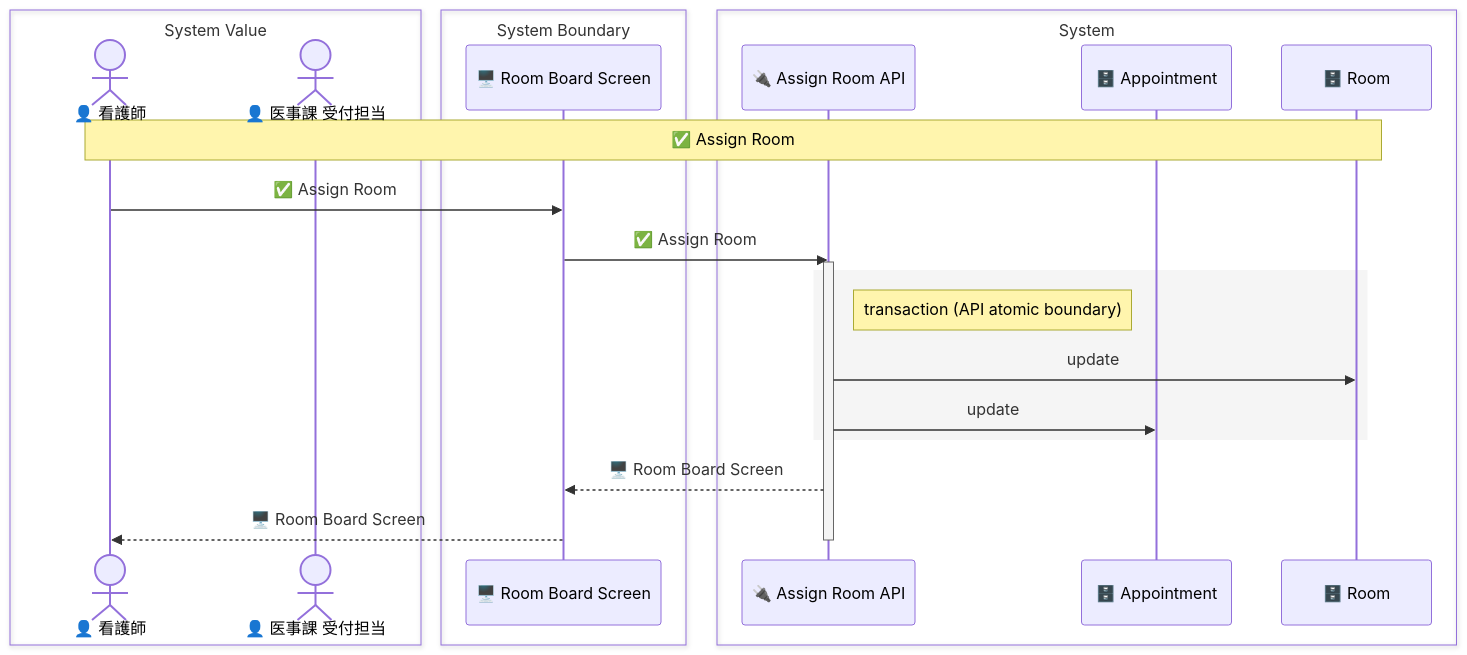
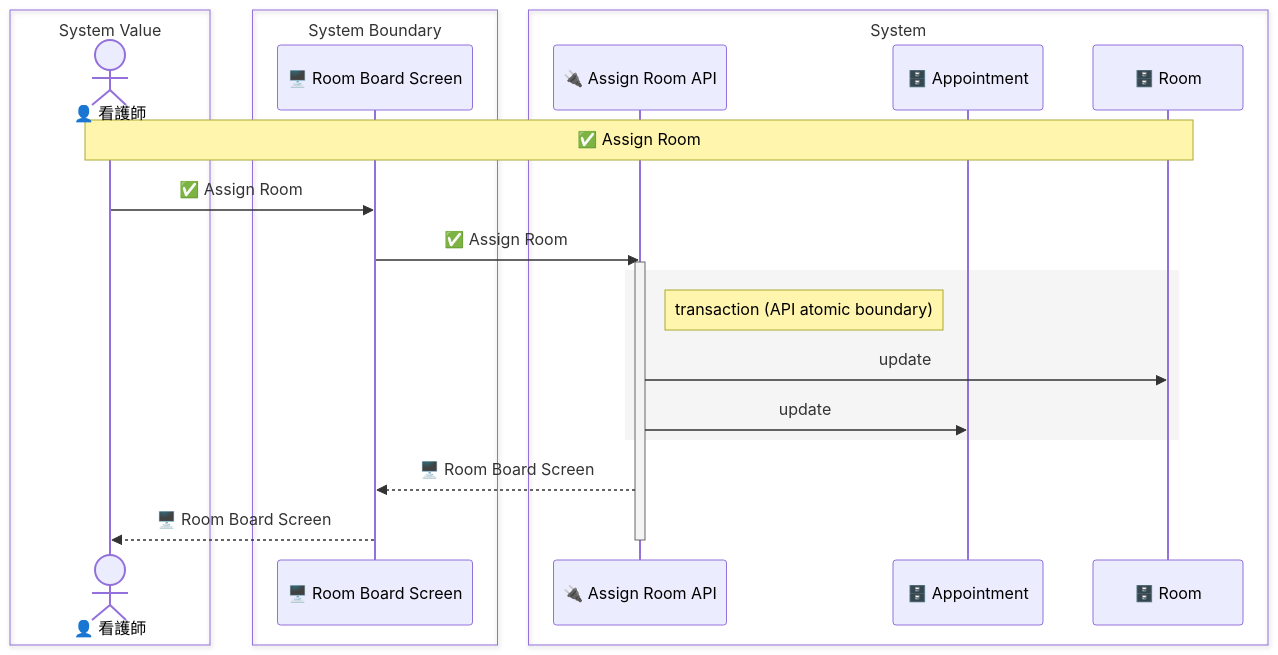
One commit to manji-0/rdra-ish-dsl changed the diagram in samples/clinic-ops/out/uc/sequence_assign_room.mmd. Above: the diagram before and after it, drawn with Mermaid. The commit also changed 71 other files, not shown here.

```diff
--- a/samples/clinic-ops/out/uc/sequence_assign_room.mmd
+++ b/samples/clinic-ops/out/uc/sequence_assign_room.mmd
@@ -1,26 +1,25 @@
 sequenceDiagram
   box System Value
     actor Nurse as 👤 看護師
-    actor ReceptionClerk as 👤 医事課 受付担当
   end
   box System Boundary
     participant RoomBoardScreen as 🖥️ Room Board Screen
   end
   box System
     participant AssignRoomApi as 🔌 Assign Room API
     participant Appointment as 🗄️ Appointment
     participant Room as 🗄️ Room
   end
 
   Note over Nurse,Room: ✅ Assign Room
   Nurse->>RoomBoardScreen: ✅ Assign Room
   RoomBoardScreen->>AssignRoomApi: ✅ Assign Room
   activate AssignRoomApi
   rect rgb(245,245,245)
     Note right of AssignRoomApi: transaction (API atomic boundary)
     AssignRoomApi->>Room: update
     AssignRoomApi->>Appointment: update
   end
   AssignRoomApi-->>RoomBoardScreen: 🖥️ Room Board Screen
   RoomBoardScreen-->>Nurse: 🖥️ Room Board Screen
   deactivate AssignRoomApi
```
